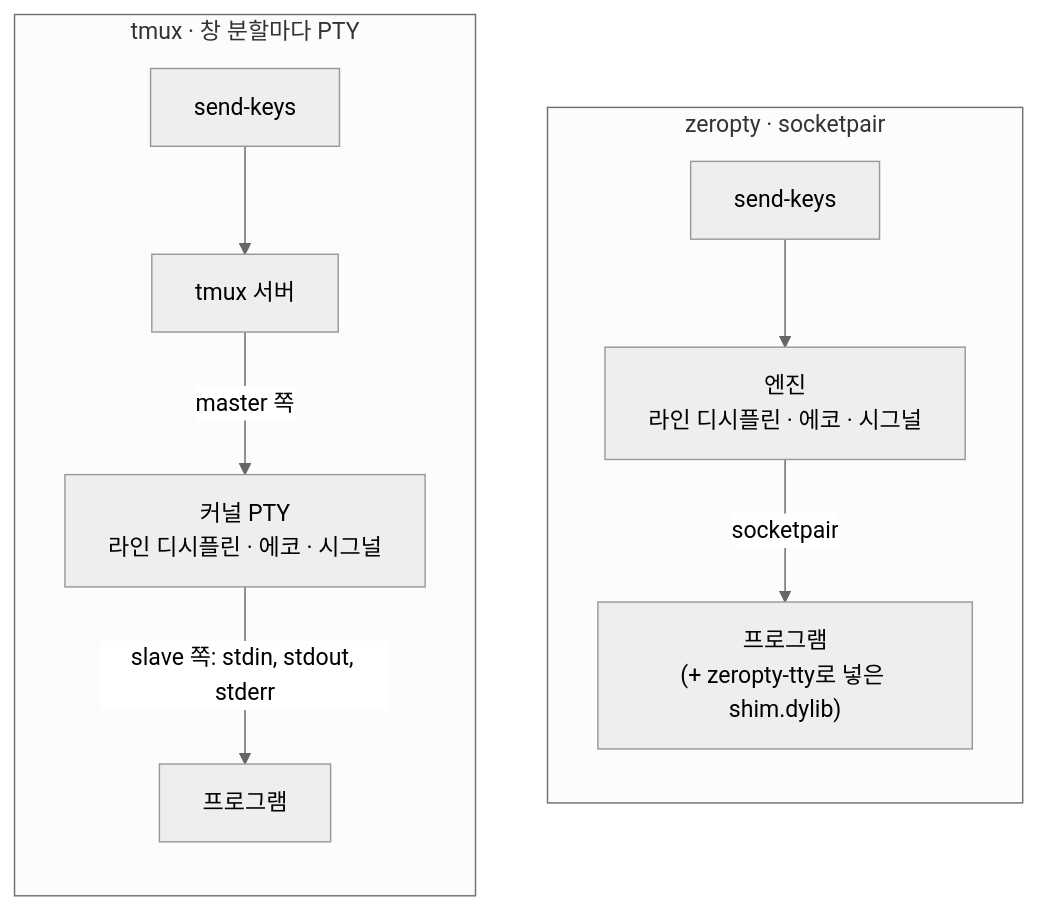
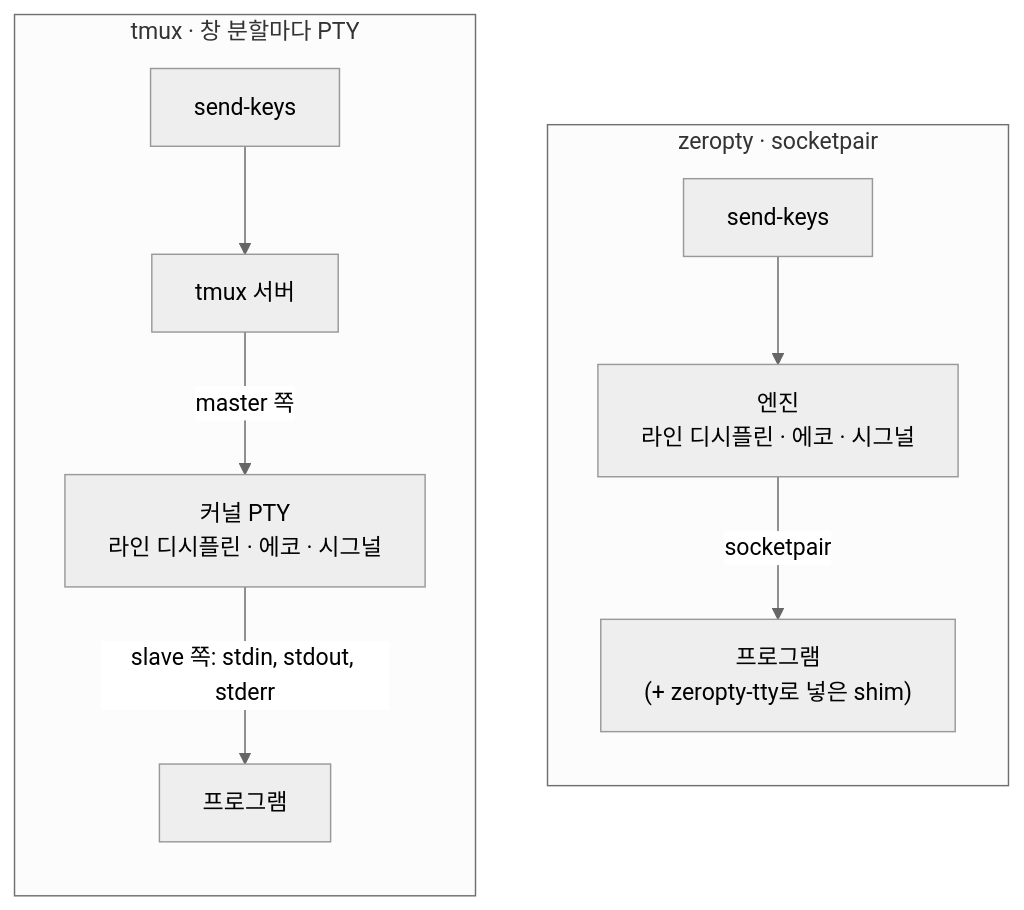
The diagram in website/src/ko/guide/concepts/terminal.md (CreatiCoding/zeropty), drawn with Mermaid (neutral theme) before and after one commit. The commit also changed other lines of this file and 19 other files, not shown here.

````diff
--- a/website/src/ko/guide/concepts/terminal.md
+++ b/website/src/ko/guide/concepts/terminal.md
@@ -9,15 +9,15 @@
 ```mermaid
 flowchart LR
   subgraph tmux["tmux · 창 분할마다 PTY"]
     direction TB
     tc["send-keys"] --> ts["tmux 서버"]
     ts -->|"master 쪽"| pty["커널 PTY<br/>라인 디시플린 · 에코 · 시그널"]
     pty -->|"slave 쪽: stdin, stdout, stderr"| tp["프로그램"]
   end
   subgraph zp["zeropty · socketpair"]
     direction TB
     zc["send-keys"] --> ze["엔진<br/>라인 디시플린 · 에코 · 시그널"]
-    ze -->|"socketpair"| zpg["프로그램<br/>(+ zeropty-tty로 넣은 shim.dylib)"]
+    ze -->|"socketpair"| zpg["프로그램<br/>(+ zeropty-tty로 넣은 shim)"]
   end
   tmux ~~~ zp
 ```
````
